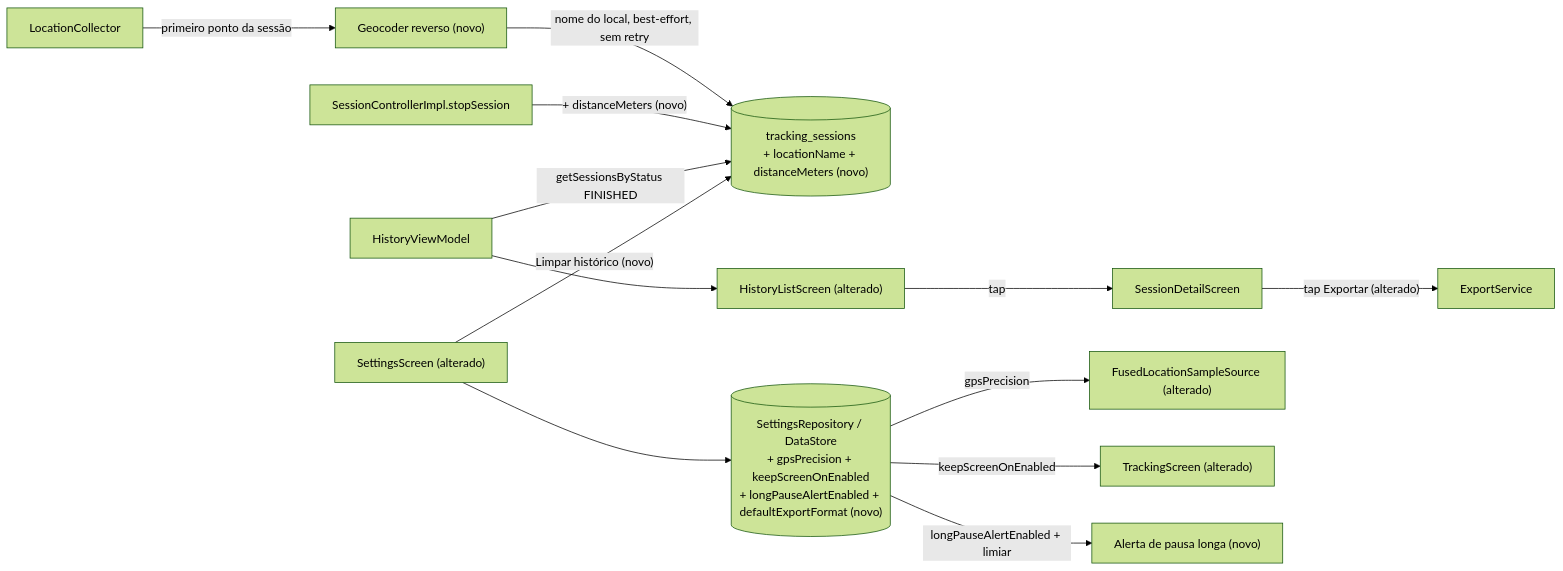
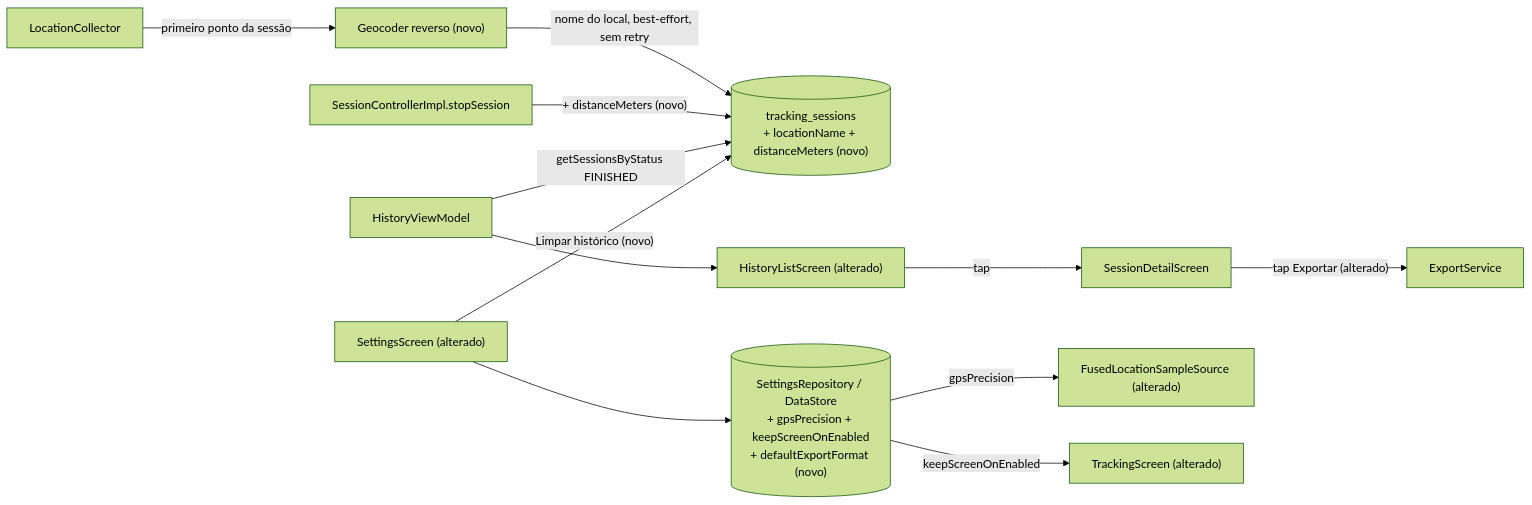
One commit to denisgmarques/my-tracks-app changed the second of 2 diagrams in .spec/features/history-settings-redesign/SPEC.md. Above: the diagram before and after it, drawn with Mermaid (forest theme). The commit also changed other lines of this file and 12 other files, not shown here.

First line of the commit message:
feat(phase-1): session location/distance fields, GPS precision setting, reverse geocoding building blocks

````diff
--- a/.spec/features/history-settings-redesign/SPEC.md
+++ b/.spec/features/history-settings-redesign/SPEC.md
@@ -45,15 +44,14 @@
 ```mermaid
 flowchart LR
     LC["LocationCollector"] -->|"primeiro ponto da sessão"| NEW_GEO["Geocoder reverso (novo)"]
     NEW_GEO -->|"nome do local, best-effort, sem retry"| DB2[("tracking_sessions<br/>+ locationName + distanceMeters (novo)")]
     SCI2["SessionControllerImpl.stopSession"] -->|"+ distanceMeters (novo)"| DB2
     HVM2["HistoryViewModel"] -->|"getSessionsByStatus FINISHED"| DB2
     HVM2 --> HLS2["HistoryListScreen (alterado)"]
     HLS2 -->|"tap"| SDS2["SessionDetailScreen"]
     SDS2 -->|"tap Exportar (alterado)"| ES2["ExportService"]
-    SS2["SettingsScreen (alterado)"] --> SR2[("SettingsRepository / DataStore<br/>+ gpsPrecision + keepScreenOnEnabled<br/>+ longPauseAlertEnabled + defaultExportFormat (novo)")]
+    SS2["SettingsScreen (alterado)"] --> SR2[("SettingsRepository / DataStore<br/>+ gpsPrecision + keepScreenOnEnabled<br/>+ defaultExportFormat (novo)")]
     SS2 -->|"Limpar histórico (novo)"| DB2
     SR2 -->|"gpsPrecision"| FLSS2["FusedLocationSampleSource (alterado)"]
     SR2 -->|"keepScreenOnEnabled"| TS2["TrackingScreen (alterado)"]
-    SR2 -->|"longPauseAlertEnabled + limiar"| NEW_ALERT["Alerta de pausa longa (novo)"]
 ```
````
